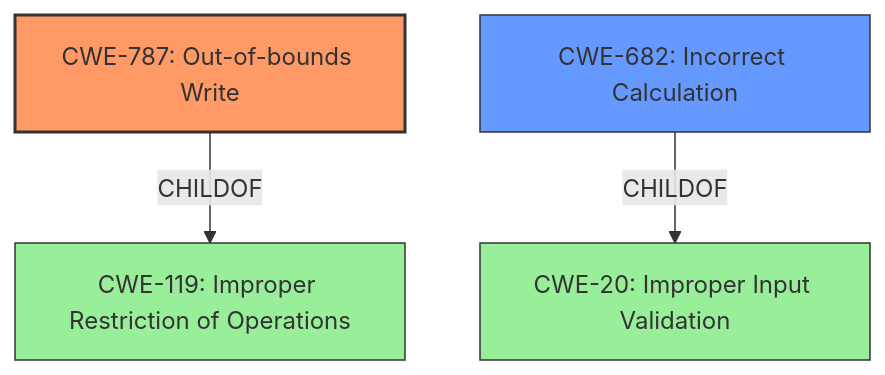
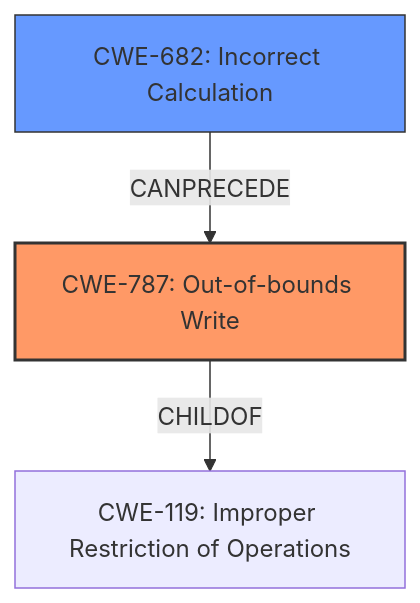
One commit to CyberSecAI/cwe_agent_assign_reports_2023 changed the diagram in CVE-2021-39793/CVE-2021-39793_analysis.md. Above: the diagram before and after it, drawn with Mermaid. The commit also changed other lines of this file and 902 other files, not shown here.

````diff
--- a/CVE-2021-39793/CVE-2021-39793_analysis.md
+++ b/CVE-2021-39793/CVE-2021-39793_analysis.md
@@ -17,17 +17,15 @@
 ```mermaid
 graph TD
     cwe787["CWE-787: Out-of-bounds Write"]
     cwe119["CWE-119: Improper Restriction of Operations"]
     cwe682["CWE-682: Incorrect Calculation"]
-    cwe20["CWE-20: Improper Input Validation"]
-
+    
     cwe787 -->|CHILDOF| cwe119
-    cwe682 -->|CHILDOF| cwe20
-
+    cwe682 -->|CANPRECEDE| cwe787
+    
     classDef primary fill:#f96,stroke:#333,stroke-width:2px
     classDef secondary fill:#69f,stroke:#333
     classDef tertiary fill:#9e9,stroke:#333
     class cwe787 primary
     class cwe682 secondary
-    class cwe119,cwe20 tertiary
 ```
````
